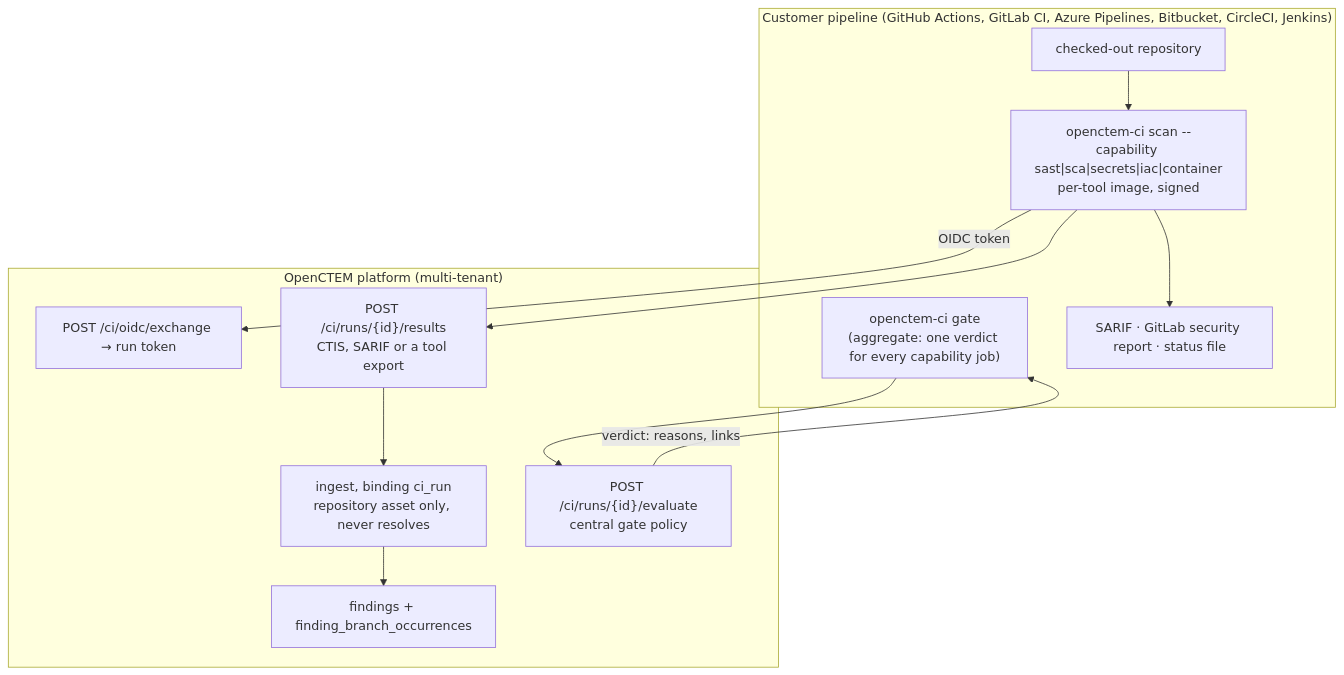
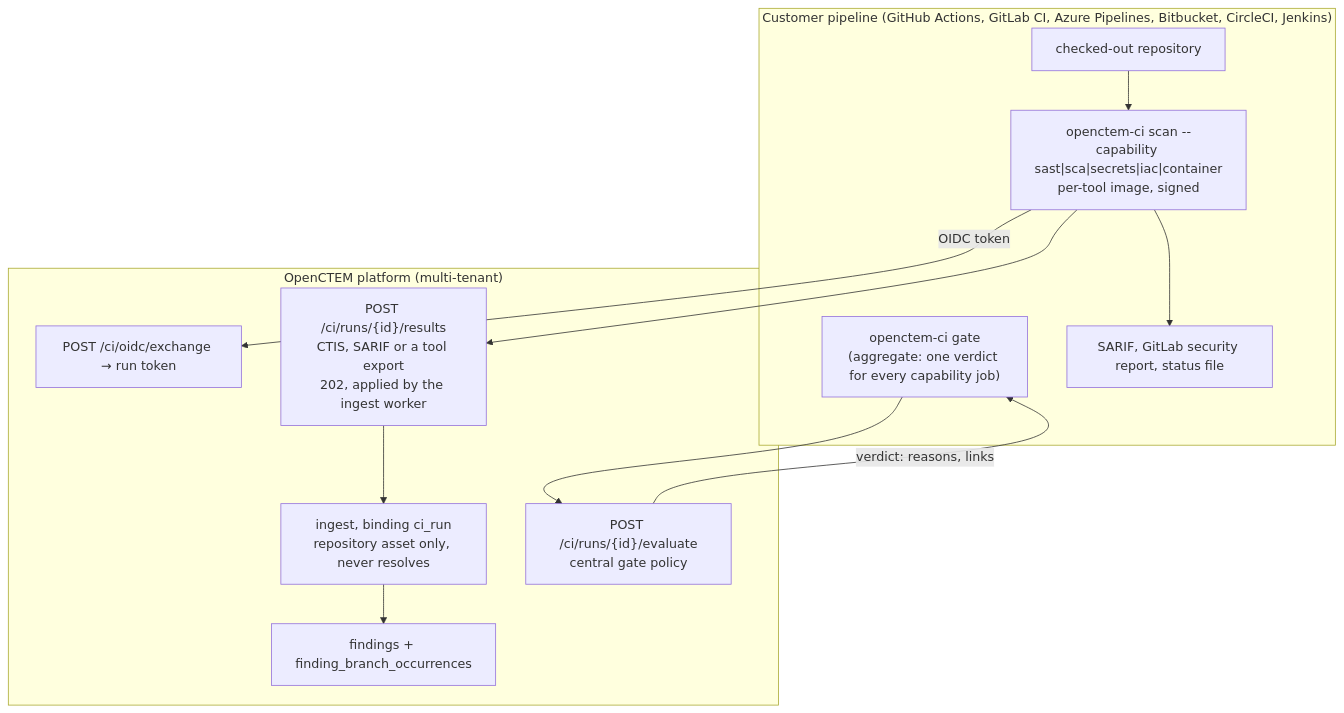
One commit to openctemio/openctem changed the first of 3 diagrams in api/docs/architecture/shift-left-ci-scanning.md. Above: the diagram before and after it, drawn with Mermaid. The commit also changed other lines of this file and 27 other files, not shown here.

First line of the commit message:
docs(architecture): remediation and integration flows

````diff
--- a/api/docs/architecture/shift-left-ci-scanning.md
+++ b/api/docs/architecture/shift-left-ci-scanning.md
@@ -15,21 +15,21 @@
 ```mermaid
 graph TD
   subgraph CI["Customer pipeline (GitHub Actions, GitLab CI, Azure Pipelines, Bitbucket, CircleCI, Jenkins)"]
     SRC["checked-out repository"]
     R["openctem-ci scan --capability sast|sca|secrets|iac|container<br/>per-tool image, signed"]
     G["openctem-ci gate<br/>(aggregate: one verdict for every capability job)"]
-    OUT["SARIF · GitLab security report · status file"]
+    OUT["SARIF, GitLab security report, status file"]
     SRC --> R --> OUT
   end
   subgraph API["OpenCTEM platform (multi-tenant)"]
     EX["POST /ci/oidc/exchange → run token"]
-    UP["POST /ci/runs/{id}/results<br/>CTIS, SARIF or a tool export"]
+    UP["POST /ci/runs/{id}/results<br/>CTIS, SARIF or a tool export<br/>202, applied by the ingest worker"]
     IN["ingest, binding ci_run<br/>repository asset only, never resolves"]
     FD["findings + finding_branch_occurrences"]
     EV["POST /ci/runs/{id}/evaluate<br/>central gate policy"]
   end
   R -- OIDC token --> EX
   R --> UP --> IN --> FD
   G --> EV
   EV -- "verdict: reasons, links" --> G
 ```
````
